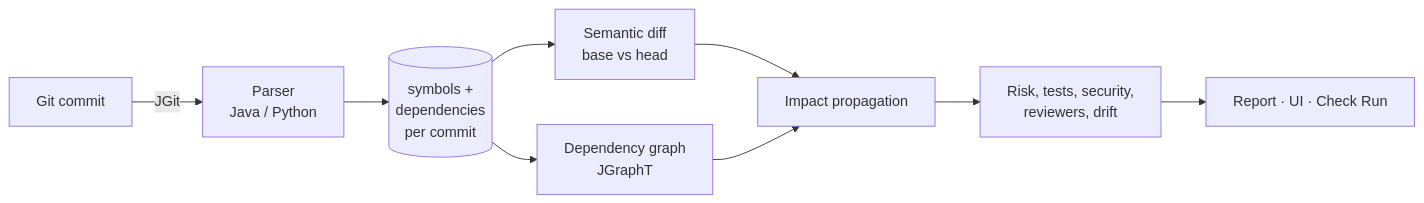
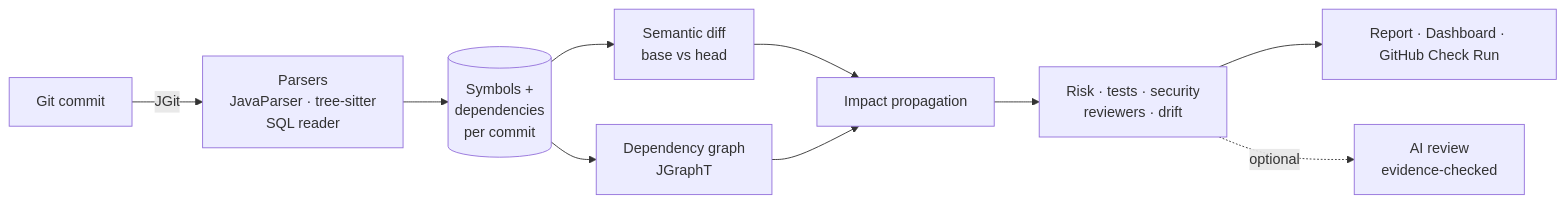
The diagram in README.md (dharshan7200/ChangeImpactAI), drawn with Mermaid before and after one commit. The commit also changed other lines of this file and 13 other files, not shown here.

````diff
--- a/README.md
+++ b/README.md
@@ -145,11 +191,12 @@
 ```mermaid
 flowchart LR
-    A[Git commit] -->|JGit| B[Parser<br/>Java / Python]
-    B --> C[(symbols +<br/>dependencies<br/>per commit)]
+    A[Git commit] -->|JGit| B[Parsers<br/>JavaParser · tree-sitter<br/>SQL reader]
+    B --> C[(Symbols +<br/>dependencies<br/>per commit)]
     C --> D[Semantic diff<br/>base vs head]
     C --> E[Dependency graph<br/>JGraphT]
     D --> F[Impact propagation]
     E --> F
-    F --> G[Risk, tests, security,<br/>reviewers, drift]
-    G --> H[Report · UI · Check Run]
+    F --> G[Risk · tests · security<br/>reviewers · drift]
+    G --> H[Report · Dashboard · GitHub Check Run]
+    G -.optional.-> I[AI review<br/>evidence-checked]
 ```
````
